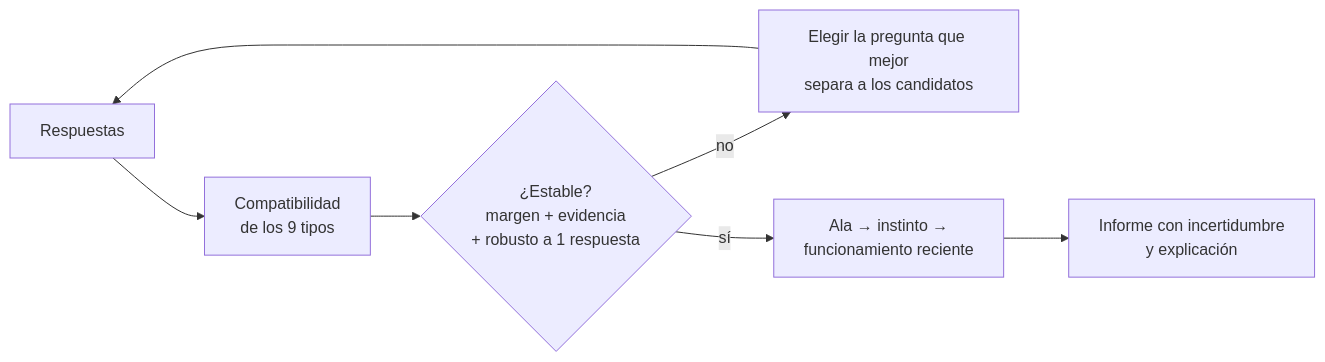
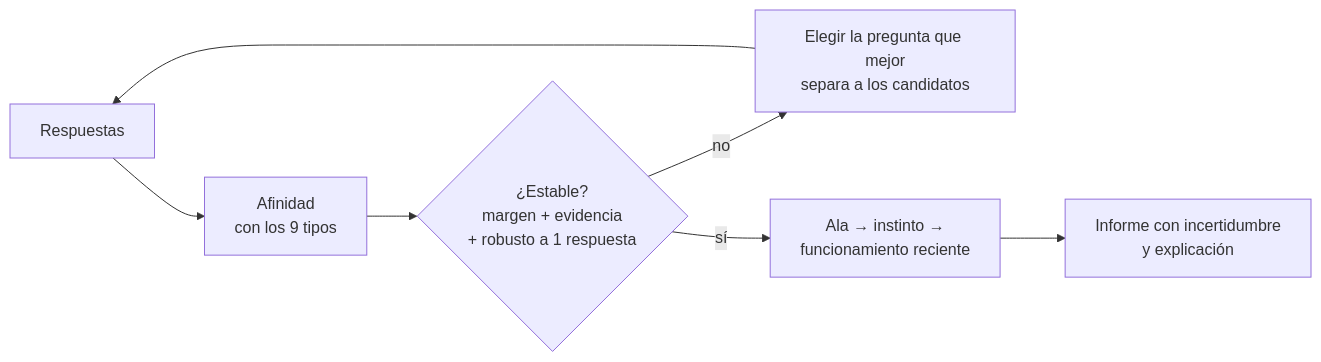
One commit to julianramirezreyes/cuarto-camino changed the first of 2 diagrams in README.md. Above: the diagram before and after it, drawn with Mermaid. The commit also changed other lines of this file and 22 other files, not shown here.

````diff
--- a/README.md
+++ b/README.md
@@ -79,9 +79,9 @@
 ```mermaid
 flowchart LR
-  A[Respuestas] --> B[Compatibilidad<br/>de los 9 tipos]
+  A[Respuestas] --> B[Afinidad<br/>con los 9 tipos]
   B --> C{¿Estable?<br/>margen + evidencia<br/>+ robusto a 1 respuesta}
   C -- no --> D[Elegir la pregunta que mejor<br/>separa a los candidatos]
   D --> A
   C -- sí --> E[Ala → instinto →<br/>funcionamiento reciente]
   E --> F[Informe con incertidumbre<br/>y explicación]
 ```
````
